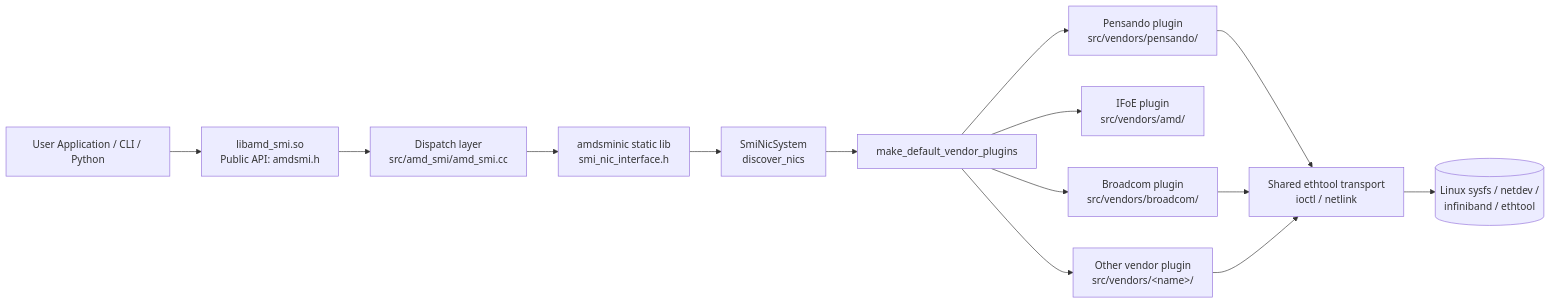
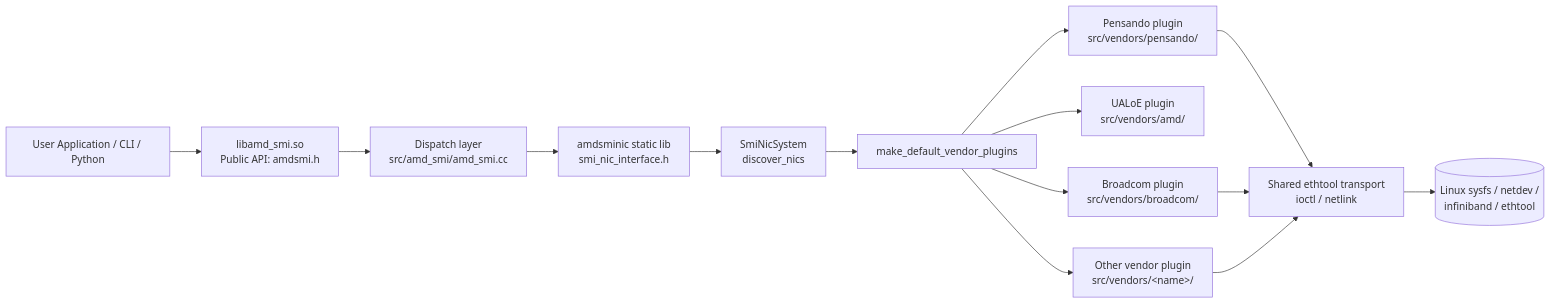
Before and after one commit to ROCm/rocm-systems: the second of 2 diagrams in projects/amdsmi/docs/how-to/amdsmi-nic-integration.md, drawn with Mermaid. The commit also changed other lines of this file and 11 other files, not shown here.

First line of the commit message:
refactor(nic/amdsmi): rename IFoE identifiers and prose to UALoE

````diff
--- a/projects/amdsmi/docs/how-to/amdsmi-nic-integration.md
+++ b/projects/amdsmi/docs/how-to/amdsmi-nic-integration.md
@@ -259,16 +259,16 @@
 ```mermaid
 flowchart LR
     App[User Application / CLI / Python] --> AmdSmi[libamd_smi.so<br/>Public API: amdsmi.h]
     AmdSmi --> Dispatch[Dispatch layer<br/>src/amd_smi/amd_smi.cc]
     Dispatch --> NicLib[amdsminic static lib<br/>smi_nic_interface.h]
     NicLib --> System[SmiNicSystem<br/>discover_nics]
     System --> Registry[make_default_vendor_plugins]
     Registry --> Pensando[Pensando plugin<br/>src/vendors/pensando/]
-    Registry --> Ifoe[IFoE plugin<br/>src/vendors/amd/]
+    Registry --> UALoE[UALoE plugin<br/>src/vendors/amd/]
     Registry --> Broadcom[Broadcom plugin<br/>src/vendors/broadcom/]
     Registry --> VendorX[Other vendor plugin<br/>src/vendors/&lt;name&gt;/]
     Pensando --> Transport[Shared ethtool transport<br/>ioctl / netlink]
     Broadcom --> Transport
     VendorX --> Transport
     Transport --> Sysfs[(Linux sysfs / netdev /<br/>infiniband / ethtool)]
 ```
````
